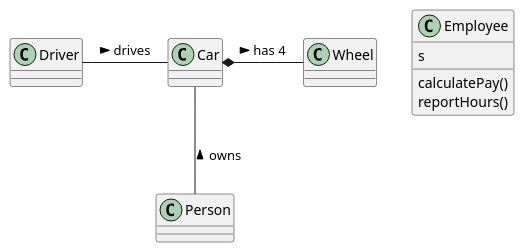
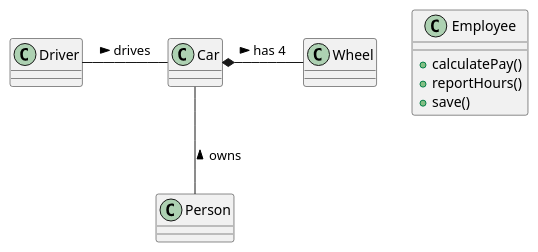
The diagram in pages/Robert C. Martin - Clean Architecture A Craftsman's Guide to Software Structure and Design.md (huland/logseq-notes), drawn with PlantUML before and after one commit.

Commit message:
[logseq-plugin-git:commit] 2023-08-10T15:36:44.162Z

```diff
--- a/pages/Robert C. Martin - Clean Architecture A Craftsman's Guide to Software Structure and Design.md
+++ b/pages/Robert C. Martin - Clean Architecture A Craftsman's Guide to Software Structure and Design.md
@@ -43,12 +43,12 @@
 				  @startuml
 				  class Employee {
-				    calculatePay()
-				    reportHours()
-				  s
+				    +calculatePay()
+				    +reportHours()
+				    +save()
 				  }
 				  
 				  Driver - Car : drives >
 				  Car *- Wheel : has 4 >
 				  Car -- Person : < owns
 				  
 				  @enduml
```
